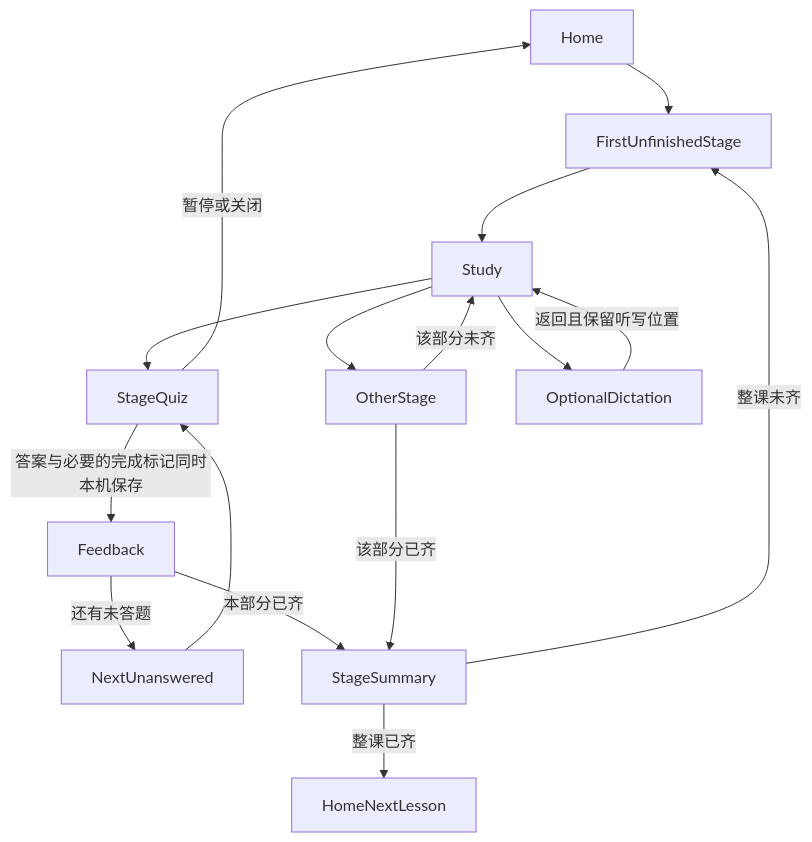
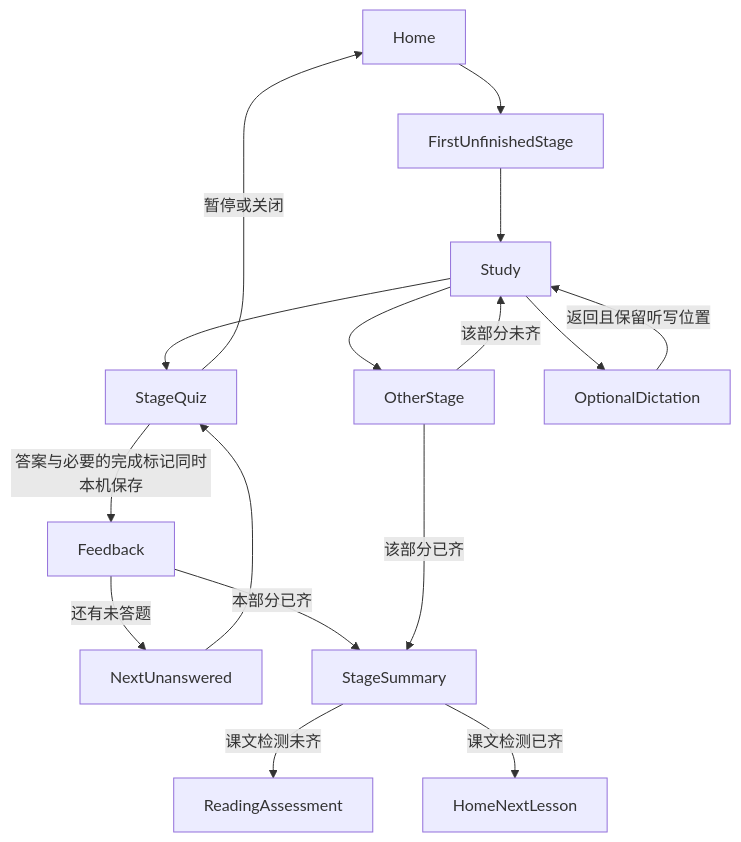
One commit to Percivalbeep/quiet-english changed the diagram in docs/progress-reliability.md. Above: the diagram before and after it, drawn with Mermaid. The commit also changed other lines of this file and 5 other files, not shown here.

Commit message:
Complete lessons when reading assessment answers are submitted

````diff
--- a/docs/progress-reliability.md
+++ b/docs/progress-reliability.md
@@ -26,18 +26,18 @@
 ```mermaid
 flowchart TD
   Home --> FirstUnfinishedStage
   FirstUnfinishedStage --> Study
   Study --> StageQuiz
   Study --> OtherStage
   Study --> OptionalDictation
   OptionalDictation -->|返回且保留听写位置| Study
   StageQuiz -->|答案与必要的完成标记同时本机保存| Feedback
   Feedback -->|还有未答题| NextUnanswered
   NextUnanswered --> StageQuiz
   Feedback -->|本部分已齐| StageSummary
-  StageSummary -->|整课未齐| FirstUnfinishedStage
-  StageSummary -->|整课已齐| HomeNextLesson
+  StageSummary -->|课文检测未齐| ReadingAssessment
+  StageSummary -->|课文检测已齐| HomeNextLesson
   StageQuiz -->|暂停或关闭| Home
   OtherStage -->|该部分已齐| StageSummary
   OtherStage -->|该部分未齐| Study
 ```
````
